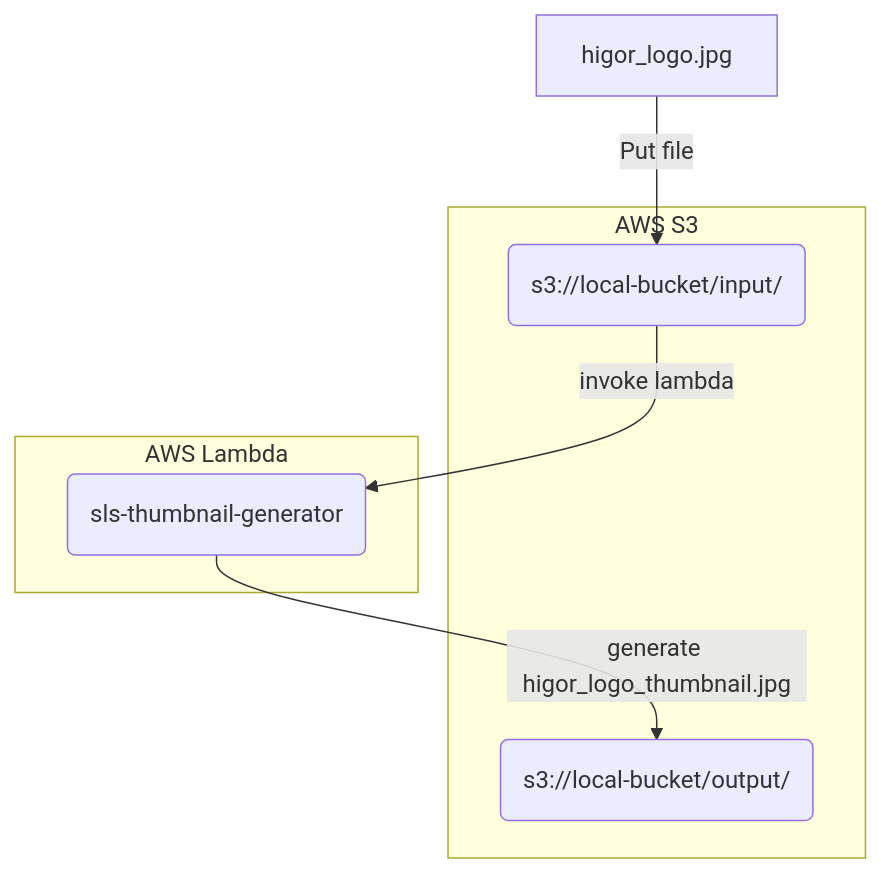
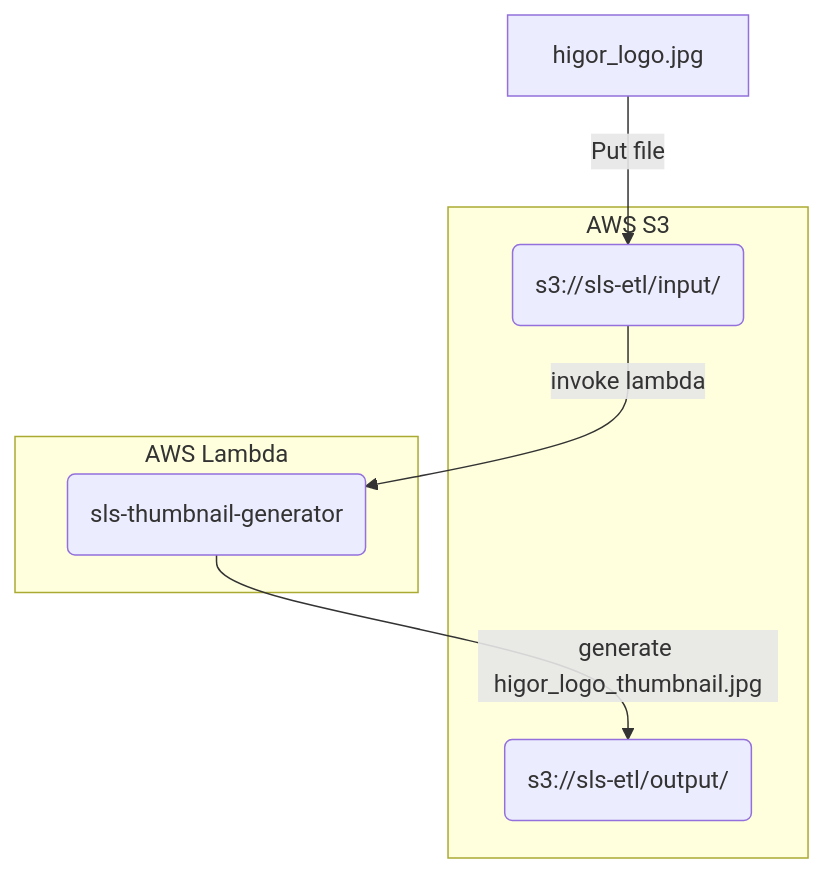
Before and after one commit to osmandi/portfolio: the diagram in thumbnail-generator/README.md, drawn with Mermaid. The commit also changed other lines of this file, not shown here.

Commit message:
Remove local documentation to replace by prod

````diff
--- a/thumbnail-generator/README.md
+++ b/thumbnail-generator/README.md
@@ -14,13 +11,13 @@
 ```mermaid
 flowchart TB
     subgraph "AWS S3"
-    input("s3://local-bucket/input/")
-    output("s3://local-bucket/output/")
+    input("s3://sls-etl/input/")
+    output("s3://sls-etl/output/")
     end
     subgraph "AWS Lambda"
     sls("sls-thumbnail-generator")
     end
     A["higor_logo.jpg"] -- Put file --> input
     input -- invoke lambda --> sls
     sls -- generate higor_logo_thumbnail.jpg --> output
 ```
````
